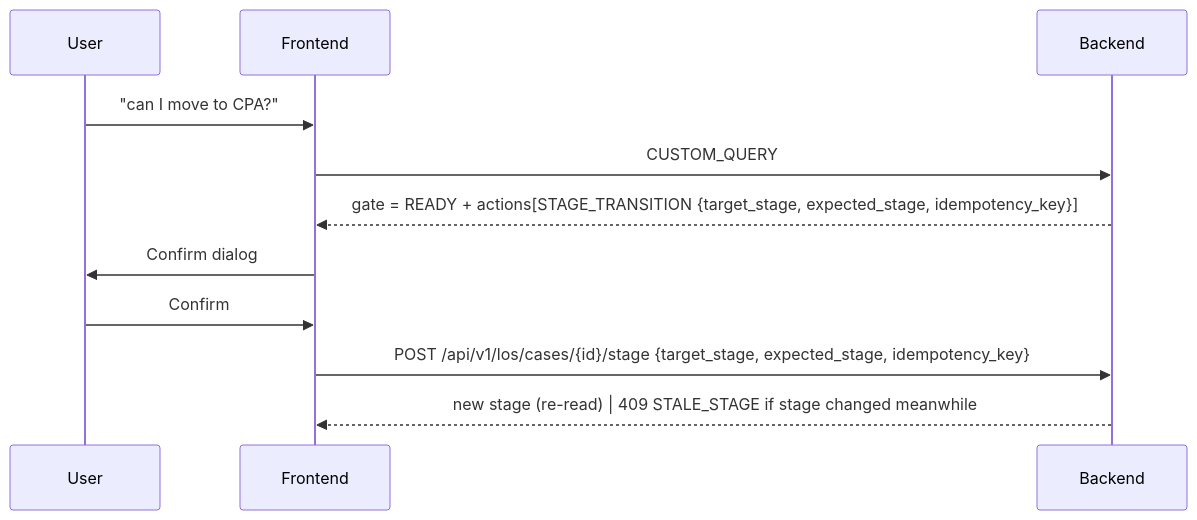
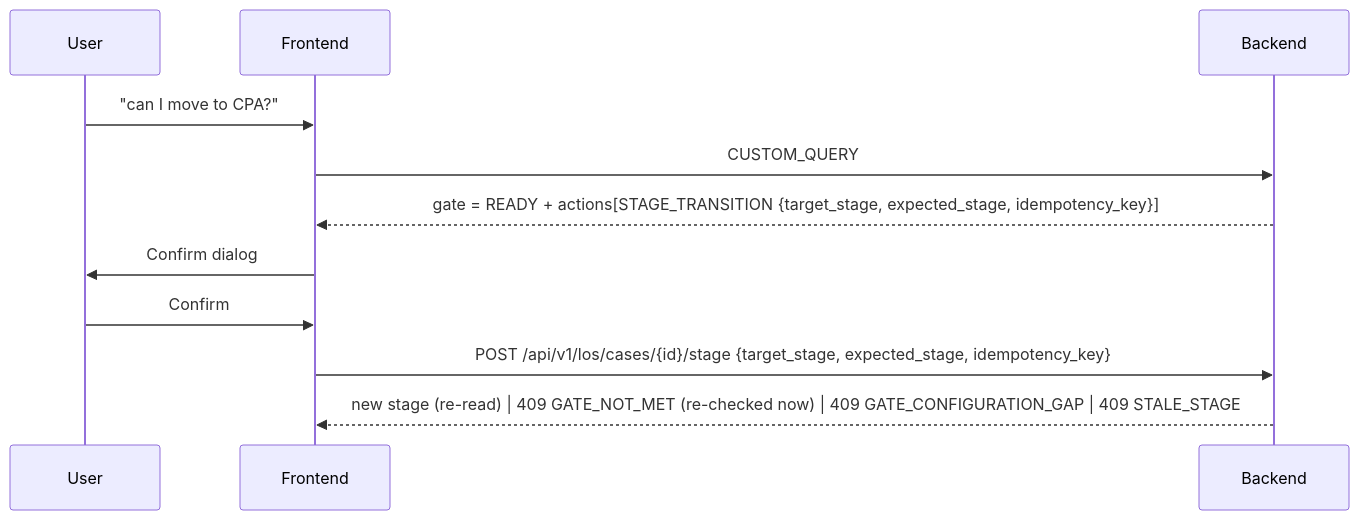
Before and after one commit to rishabh1263/LOS-agent-anii-handover: the seventh of 8 diagrams in LOS-agentic-ai/README_FRONTEND_INTEGRATION.md, drawn with Mermaid. The commit also changed other lines of this file and 44 other files, not shown here.

````diff
--- a/LOS-agentic-ai/README_FRONTEND_INTEGRATION.md
+++ b/LOS-agentic-ai/README_FRONTEND_INTEGRATION.md
@@ -313,13 +315,13 @@
 ```mermaid
 sequenceDiagram
     participant U as User
     participant FE as Frontend
     participant API as Backend
     U->>FE: "can I move to CPA?"
     FE->>API: CUSTOM_QUERY
     API-->>FE: gate = READY + actions[STAGE_TRANSITION {target_stage, expected_stage, idempotency_key}]
     FE->>U: Confirm dialog
     U->>FE: Confirm
     FE->>API: POST /api/v1/los/cases/{id}/stage {target_stage, expected_stage, idempotency_key}
-    API-->>FE: new stage (re-read)  |  409 STALE_STAGE if stage changed meanwhile
+    API-->>FE: new stage (re-read) | 409 GATE_NOT_MET (re-checked now) | 409 GATE_CONFIGURATION_GAP | 409 STALE_STAGE
 ```
````
